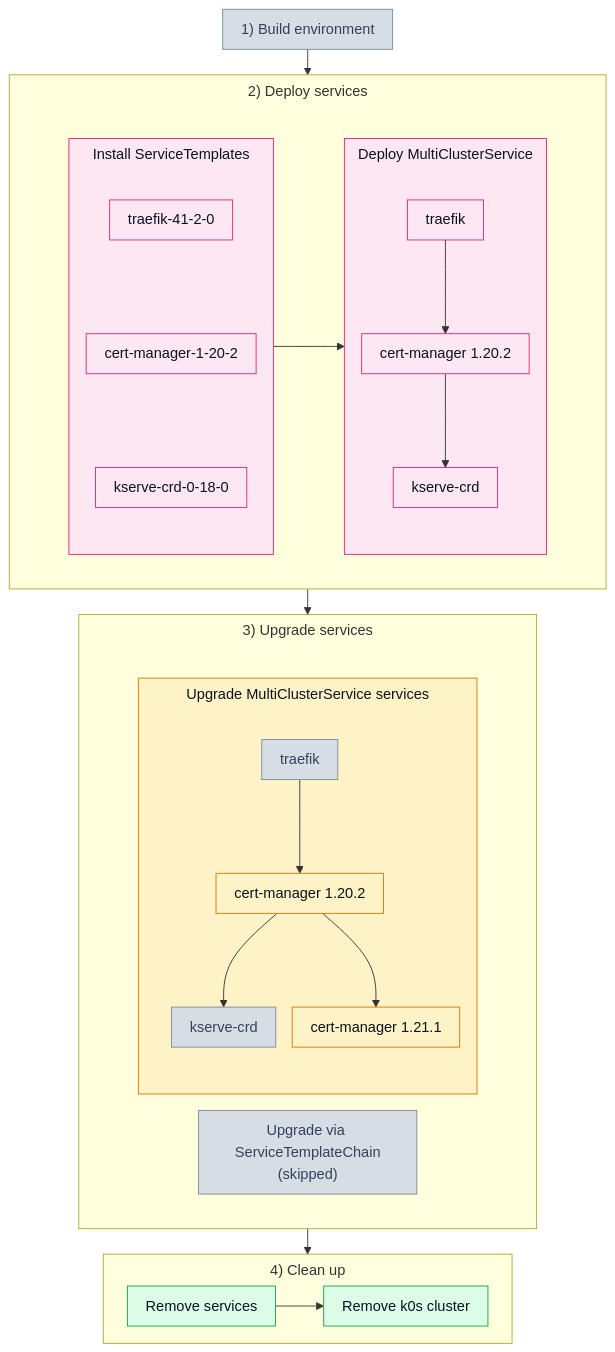
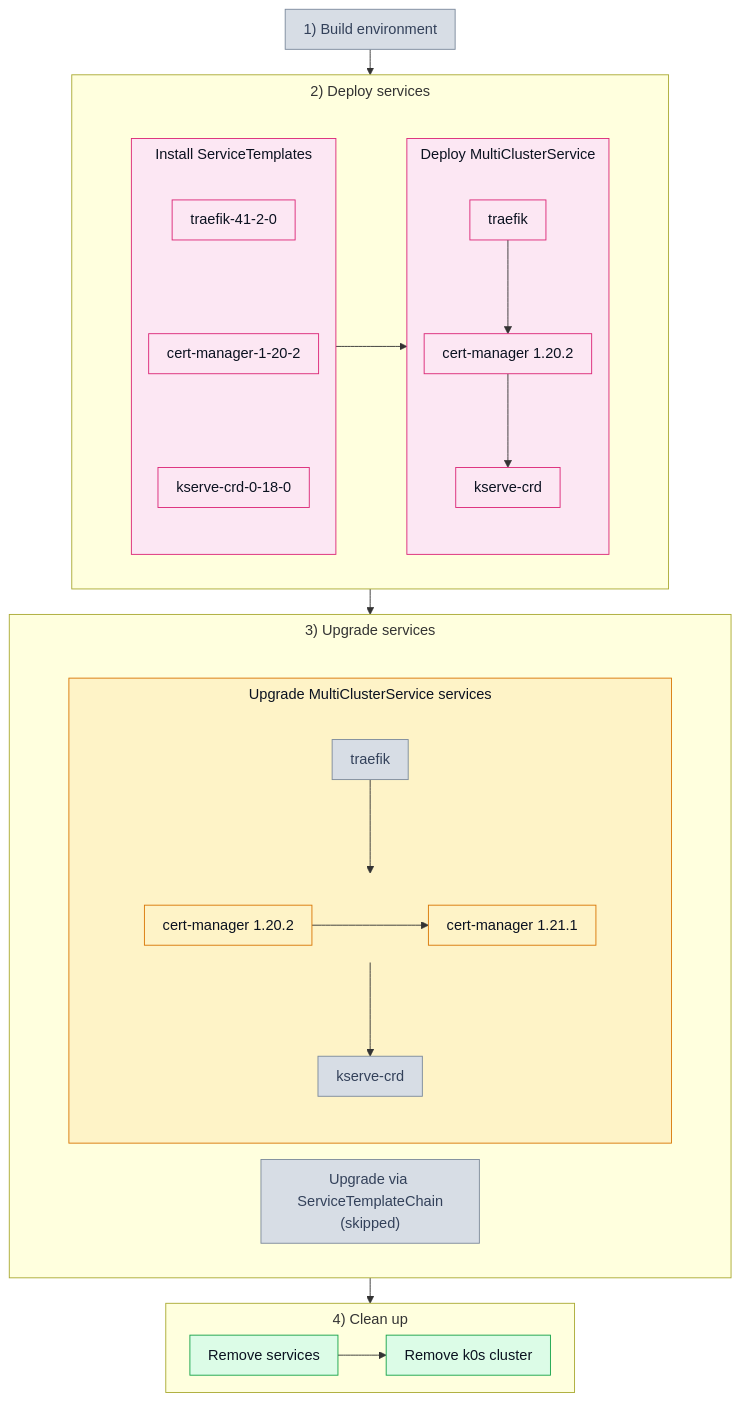
The diagram in test_scenarios/301_upgrade.md (josef-hak/ksm-tests), drawn with Mermaid before and after one commit.

Commit message:
docs: keep both cert-manager versions on one row

````diff
--- a/test_scenarios/301_upgrade.md
+++ b/test_scenarios/301_upgrade.md
@@ -21,53 +21,63 @@
 ```mermaid
 %%{init: {'flowchart': {'padding': 10, 'nodeSpacing': 18, 'rankSpacing': 28, 'subGraphTitleMargin': {'top': 6, 'bottom': 10}}}}%%
 flowchart TB
     P1["1) Build environment"]
 
     subgraph P2["2) Deploy services"]
         subgraph W2[" "]
             direction LR
             subgraph D1["Install ServiceTemplates"]
                 direction TB
                 T1["traefik-41-2-0"] ~~~ T2["cert-manager-1-20-2"] ~~~ T3["kserve-crd-0-18-0"]
             end
 
             subgraph D2["Deploy MultiClusterService"]
                 direction TB
                 M1["traefik"] --> M2["cert-manager 1.20.2"] --> M3["kserve-crd"]
             end
 
             D1 --> D2
         end
     end
 
     subgraph P3["3) Upgrade services"]
         subgraph W3[" "]
             direction LR
             subgraph U1["Upgrade MultiClusterService services"]
                 direction TB
-                V1["traefik"] --> V2["cert-manager 1.20.2"] --> V3["kserve-crd"]
-                V2 --> V4["cert-manager 1.21.1"]
+                V1["traefik"] --> UC
+
+                %% Own left-to-right box, the only way to keep the two versions
+                %% on one row: an arrow between them would rank 1.21.1 lower.
+                %% Linked box to box, not node to node -- a node reaching out of
+                %% a subgraph makes mermaid drop its direction.
+                subgraph UC[" "]
+                    direction LR
+                    V2["cert-manager 1.20.2"] --> V4["cert-manager 1.21.1"]
+                end
+
+                UC --> V3["kserve-crd"]
             end
 
             U2["Upgrade via ServiceTemplateChain<br/>(skipped)"]
         end
     end
 
     subgraph P4["4) Clean up"]
         C1["Remove services"] --> C2["Remove k0s cluster"]
     end
 
     P1 --> P2 --> P3 --> P4
 
     classDef off fill:#d7dde5,stroke:#7c8a9c,color:#33415a
     classDef pink fill:#fce7f3,stroke:#db2777,color:#0b1220
     classDef amber fill:#fef3c7,stroke:#d97706,color:#0b1220
     classDef green fill:#dcfce7,stroke:#16a34a,color:#0b1220
     classDef bare fill:none,stroke:none
 
     class P1,U2,V1,V3 off
     class D1,D2,T1,T2,T3,M1,M2,M3 pink
     class U1,V2,V4 amber
     class C1,C2 green
-    class W2,W3 bare
+    class W2,W3,UC bare
 ```
````
